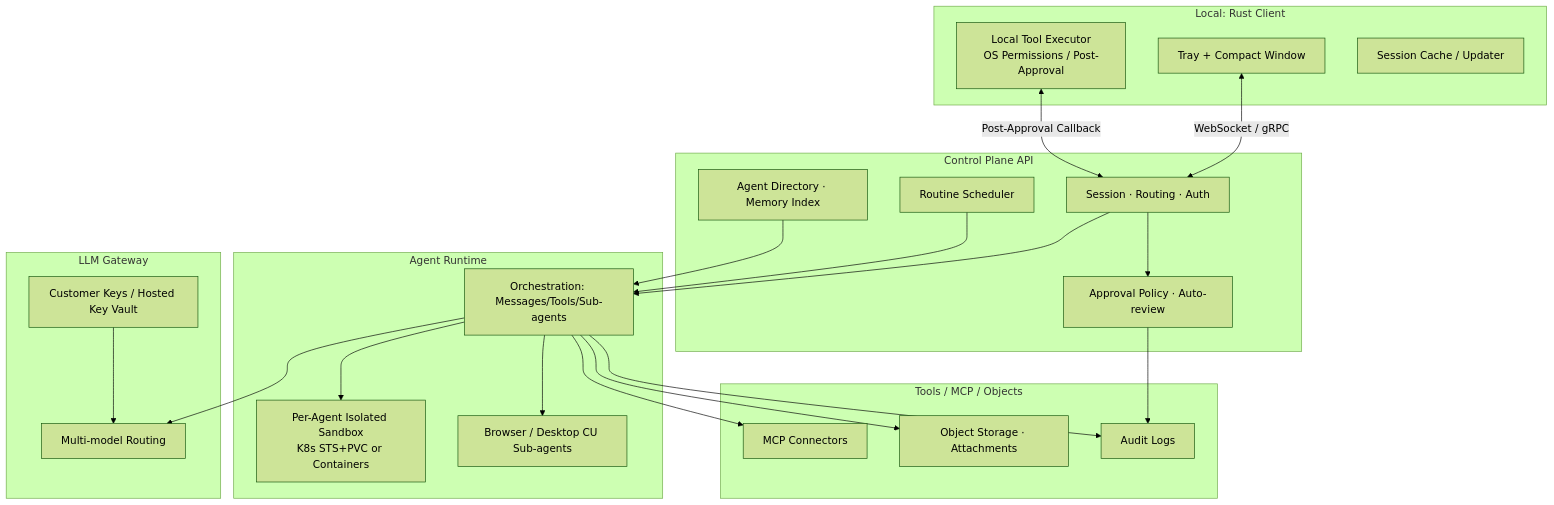
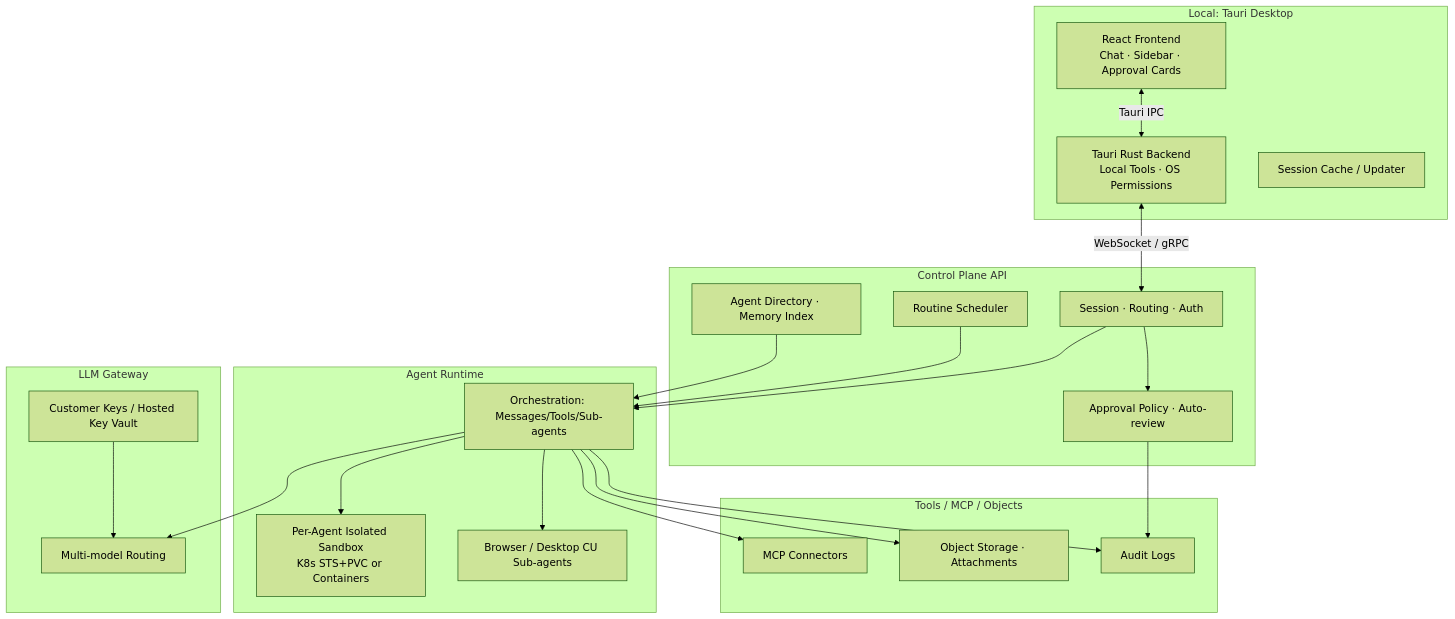
One commit to qianliang-lq/openstaff changed the second of 2 diagrams in docs/architecture.md. Above: the diagram before and after it, drawn with Mermaid (forest theme). The commit also changed other lines of this file and 40 other files, not shown here.

First line of the commit message:
refactor: migrate to Tauri + React architecture with full monorepo structure

````diff
--- a/docs/architecture.md
+++ b/docs/architecture.md
@@ -197,47 +236,47 @@
 ```mermaid
 flowchart TB
-  subgraph Local["Local: Rust Client"]
-    Tray["Tray + Compact Window"]
-    LocalTools["Local Tool Executor<br/>OS Permissions / Post-Approval"]
+  subgraph Local["Local: Tauri Desktop"]
+    ReactUI["React Frontend<br/>Chat · Sidebar · Approval Cards"]
+    TauriBackend["Tauri Rust Backend<br/>Local Tools · OS Permissions"]
     LocalCache["Session Cache / Updater"]
   end
 
   subgraph CP["Control Plane API"]
     GatewayAPI["Session · Routing · Auth"]
     Policy["Approval Policy · Auto-review"]
     Scheduler["Routine Scheduler"]
     Directory["Agent Directory · Memory Index"]
   end
 
   subgraph Runtime["Agent Runtime"]
     Orchestrator["Orchestration: Messages/Tools/Sub-agents"]
     Sandbox["Per-Agent Isolated Sandbox<br/>K8s STS+PVC or Containers"]
     Subagents["Browser / Desktop CU Sub-agents"]
   end
 
   subgraph LLM["LLM Gateway"]
     Routers["Multi-model Routing"]
     Keys["Customer Keys / Hosted Key Vault"]
   end
 
   subgraph Tools["Tools / MCP / Objects"]
     MCP["MCP Connectors"]
     Obj["Object Storage · Attachments"]
     Audit["Audit Logs"]
   end
 
-  Tray <-->|WebSocket / gRPC| GatewayAPI
-  LocalTools <-->|Post-Approval Callback| GatewayAPI
+  ReactUI <-->|Tauri IPC| TauriBackend
+  TauriBackend <-->|WebSocket / gRPC| GatewayAPI
   GatewayAPI --> Orchestrator
   GatewayAPI --> Policy
   Scheduler --> Orchestrator
   Orchestrator --> Sandbox
   Orchestrator --> Subagents
   Orchestrator --> Routers
   Orchestrator --> MCP
   Orchestrator --> Obj
   Policy --> Audit
   Orchestrator --> Audit
   Directory --> Orchestrator
   Keys --> Routers
 ```
````
